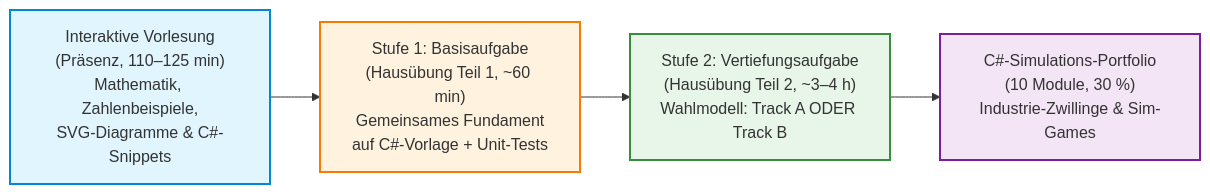
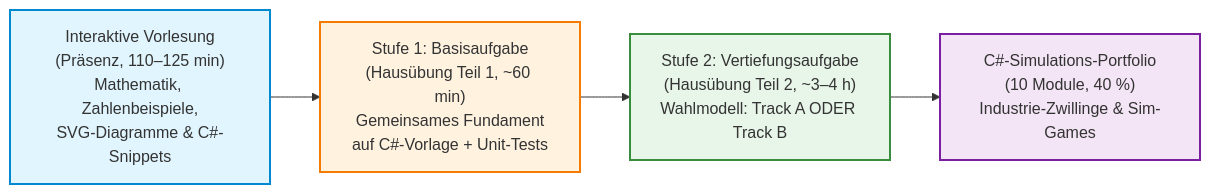
Before and after one commit to ghackenberg/kurs-computer-simulation: the first of 2 diagrams in Konzept/02_Uebungskatalog_und_Abschlussprojekt.md, drawn with Mermaid. The commit also changed other lines of this file and 28 other files, not shown here.

````diff
--- a/Konzept/02_Uebungskatalog_und_Abschlussprojekt.md
+++ b/Konzept/02_Uebungskatalog_und_Abschlussprojekt.md
@@ -51,10 +51,10 @@
 ```mermaid
 flowchart LR
     VL["Interaktive Vorlesung\n(Präsenz, 110–125 min)\nMathematik, Zahlenbeispiele,\nSVG-Diagramme & C#-Snippets"] --> Stage1["Stufe 1: Basisaufgabe\n(Hausübung Teil 1, ~60 min)\nGemeinsames Fundament\nauf C#-Vorlage + Unit-Tests"]
     Stage1 --> Ext["Stufe 2: Vertiefungsaufgabe\n(Hausübung Teil 2, ~3–4 h)\nWahlmodell: Track A ODER Track B"]
-    Ext --> Portfolio["C#-Simulations-Portfolio\n(10 Module, 30 %)\nIndustrie-Zwillinge & Sim-Games"]
+    Ext --> Portfolio["C#-Simulations-Portfolio\n(10 Module, 40 %)\nIndustrie-Zwillinge & Sim-Games"]
     style VL fill:#e1f5fe,stroke:#0288d1,stroke-width:2px;
     style Stage1 fill:#fff3e0,stroke:#f57c00,stroke-width:2px;
     style Ext fill:#e8f5e9,stroke:#388e3c,stroke-width:2px;
     style Portfolio fill:#f3e5f5,stroke:#7b1fa2,stroke-width:2px;
 ```
````
